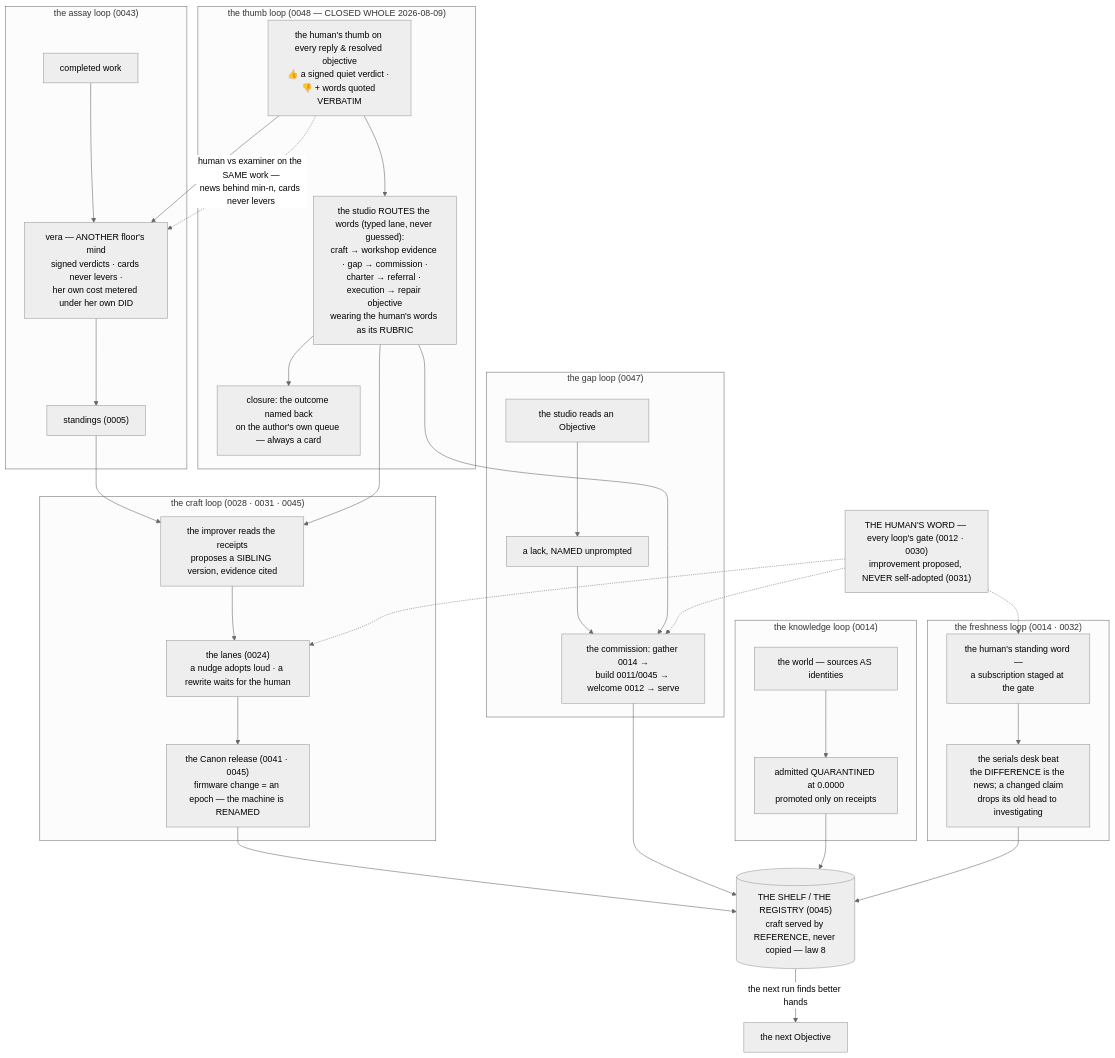
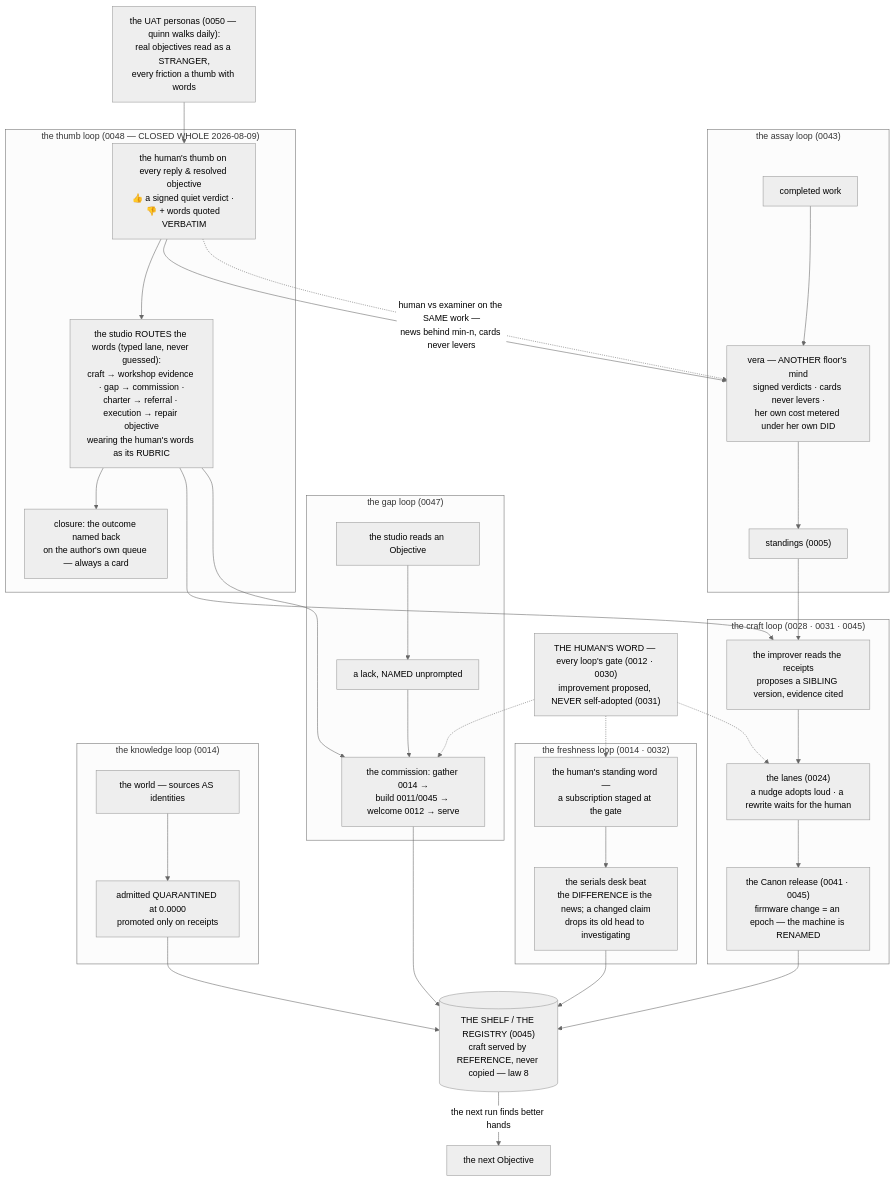
Before and after one commit to iotlodge/orreth: the fourth of 4 diagrams in docs/design/the-objective-atlas.md, drawn with Mermaid (neutral theme). The commit also changed 11 other files, not shown here.

````diff
--- a/docs/design/the-objective-atlas.md
+++ b/docs/design/the-objective-atlas.md
@@ -104,37 +104,38 @@
 ```mermaid
 flowchart TB
   subgraph L1["the assay loop (0043)"]
     W["completed work"] --> V["vera — ANOTHER floor's mind<br/>signed verdicts · cards never levers ·<br/>her own cost metered under her own DID"]
     V --> ST["standings (0005)"]
   end
   subgraph L2["the craft loop (0028 · 0031 · 0045)"]
     ST --> IMP["the improver reads the receipts<br/>proposes a SIBLING version, evidence cited"]
     IMP --> LANE["the lanes (0024)<br/>a nudge adopts loud · a rewrite waits for the human"]
     LANE --> REL["the Canon release (0041 · 0045)<br/>firmware change = an epoch — the machine is RENAMED"]
   end
   subgraph L3["the gap loop (0047)"]
     RD["the studio reads an Objective"] --> GP["a lack, NAMED unprompted"]
     GP --> COMM["the commission: gather 0014 →<br/>build 0011/0045 → welcome 0012 → serve"]
   end
   subgraph L4["the freshness loop (0014 · 0032)"]
     SUB["the human's standing word —<br/>a subscription staged at the gate"] --> BEAT["the serials desk beat<br/>the DIFFERENCE is the news; a changed claim<br/>drops its old head to investigating"]
   end
   subgraph L5["the knowledge loop (0014)"]
     EXT["the world — sources AS identities"] --> QUAR["admitted QUARANTINED at 0.0000<br/>promoted only on receipts"]
   end
+  UAT["the UAT personas (0050 — quinn walks daily):<br/>real objectives read as a STRANGER,<br/>every friction a thumb with words"] --> THUMB
   subgraph L6["the thumb loop (0048 — CLOSED WHOLE 2026-08-09)"]
     THUMB["the human's thumb on every reply & resolved objective<br/>👍 a signed quiet verdict · 👎 + words quoted VERBATIM"] --> RTE["the studio ROUTES the words (typed lane, never guessed):<br/>craft → workshop evidence · gap → commission ·<br/>charter → referral · execution → repair objective<br/>wearing the human's words as its RUBRIC"]
     RTE --> CLOSEC["closure: the outcome named back<br/>on the author's own queue — always a card"]
   end
   THUMB --> V
   RTE --> IMP
   RTE --> COMM
   THUMB -.->|"human vs examiner on the SAME work —<br/>news behind min-n, cards never levers"| V
   REL & COMM & QUAR --> SHELF[("THE SHELF / THE REGISTRY (0045)<br/>craft served by REFERENCE, never copied — law 8")]
   BEAT --> SHELF
   SHELF -->|"the next run finds better hands"| NEXT["the next Objective"]
   HUM["THE HUMAN'S WORD — every loop's gate (0012 · 0030)<br/>improvement proposed, NEVER self-adopted (0031)"]
   HUM -.-> LANE
   HUM -.-> COMM
   HUM -.-> SUB
 ```
````
